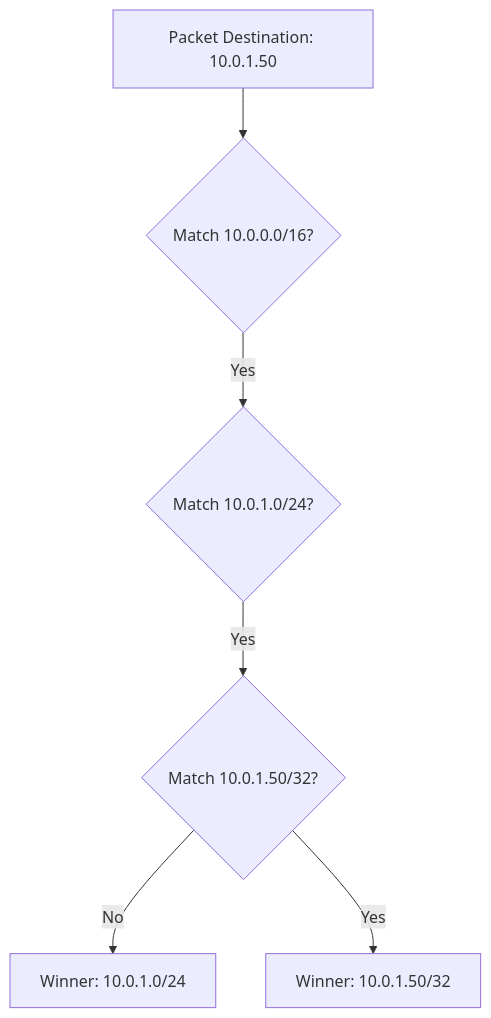
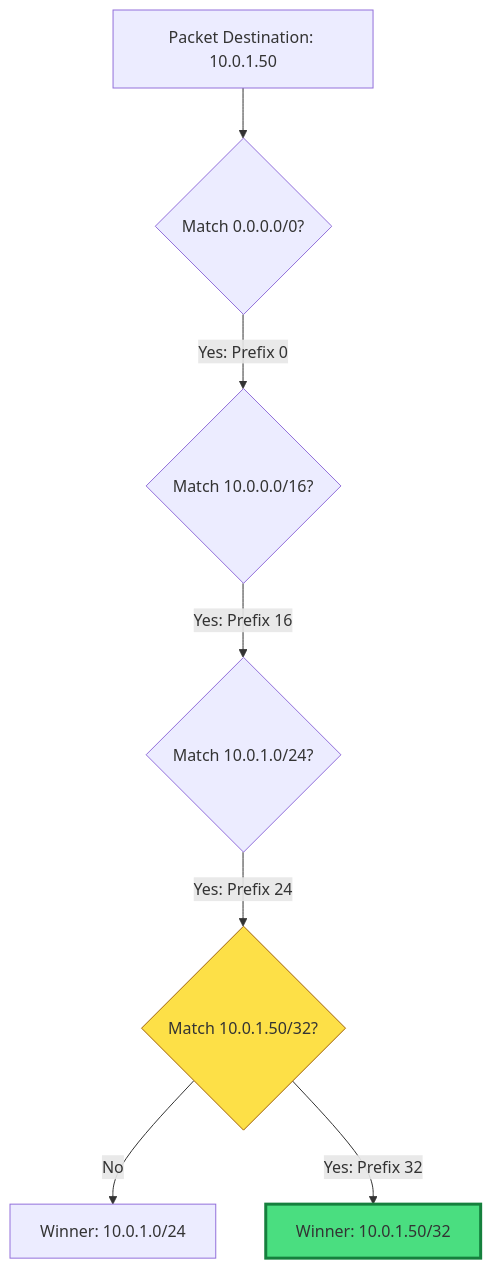
The diagram in 2-Intermediate/01-Phase-1/01-Networking/04-Routing-and-Route-Tables/02-Priority-Logic-LPM/README.md (Ganil151/Devops), drawn with Mermaid before and after one commit. The commit also changed other lines of this file and 51 other files, not shown here.

````diff
--- a/2-Intermediate/01-Phase-1/01-Networking/04-Routing-and-Route-Tables/02-Priority-Logic-LPM/README.md
+++ b/2-Intermediate/01-Phase-1/01-Networking/04-Routing-and-Route-Tables/02-Priority-Logic-LPM/README.md
@@ -11,9 +5,13 @@
 ```mermaid
 graph TD
-    Packet[Packet Destination: 10.0.1.50] --> R1{Match 10.0.0.0/16?}
-    R1 -->|Yes| R2{Match 10.0.1.0/24?}
-    R2 -->|Yes| R3{Match 10.0.1.50/32?}
+    Packet[Packet Destination: 10.0.1.50] --> R1{Match 0.0.0.0/0?}
+    R1 -->|Yes: Prefix 0| R2{Match 10.0.0.0/16?}
+    R2 -->|Yes: Prefix 16| R3{Match 10.0.1.0/24?}
+    R3 -->|Yes: Prefix 24| R4{Match 10.0.1.50/32?}
 
-R3 -->|No| Winner2[Winner: 10.0.1.0/24]
-    R3 -->|Yes| Winner3[Winner: 10.0.1.50/32]
+    R4 -->|No| Winner2[Winner: 10.0.1.0/24]
+    R4 -->|Yes: Prefix 32| Winner1[Winner: 10.0.1.50/32]
+
+    style Winner1 fill:#4ade80,stroke:#15803d,stroke-width:3px
+    style R4 fill:#fde047,stroke:#a16207
 ```
````
